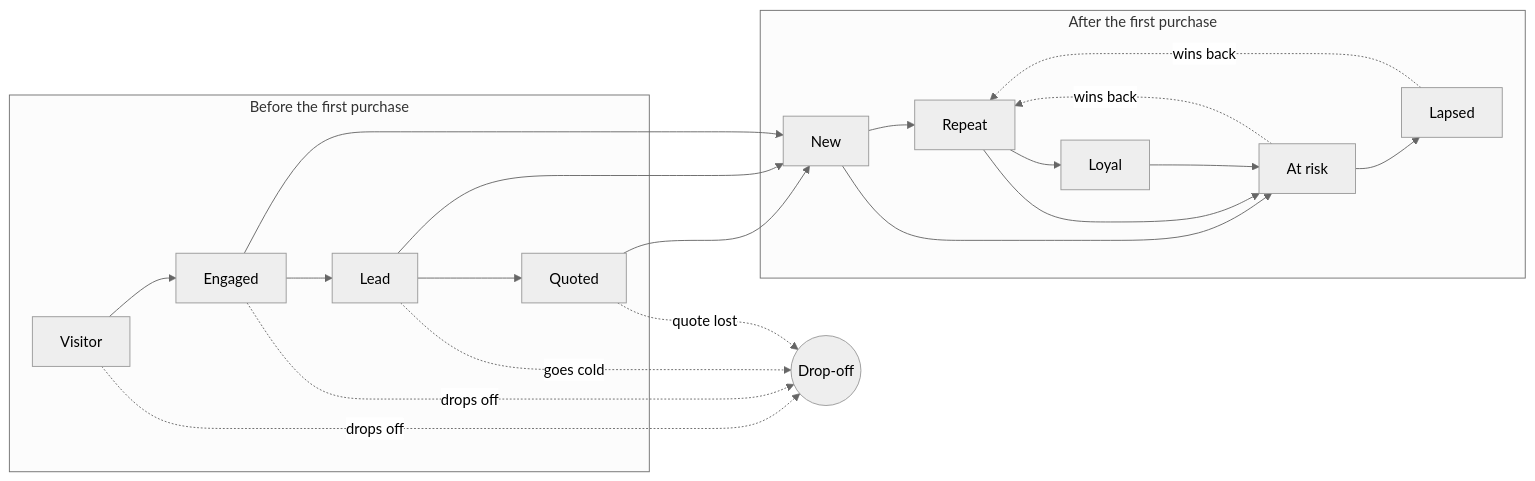
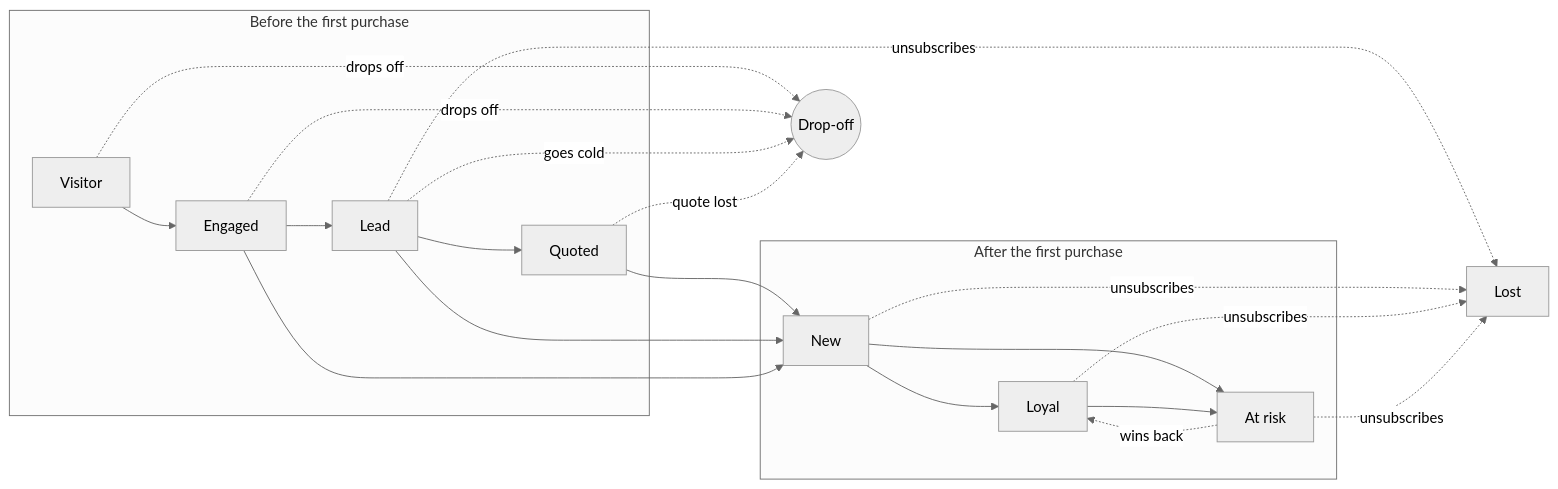
Before and after one commit to ivanyeors/mp: the diagram in .claude/PRD-crm-retention-loop/lifecycle-and-metrics.md, drawn with Mermaid (neutral theme). The commit also changed other lines of this file and 15 other files, not shown here.

First line of the commit message:
Spec the five-stage funnel: Lead, New, Loyal, At risk, Lost

````diff
--- a/.claude/PRD-crm-retention-loop/lifecycle-and-metrics.md
+++ b/.claude/PRD-crm-retention-loop/lifecycle-and-metrics.md
@@ -25,22 +26,23 @@
 ```mermaid
 graph LR
   subgraph A[Before the first purchase]
     V[Visitor] --> E[Engaged] --> L[Lead] --> Q[Quoted]
   end
   subgraph B[After the first purchase]
-    N[New] --> R[Repeat] --> Y[Loyal]
+    N[New] --> Y[Loyal]
     N --> K[At risk]
-    R --> K
     Y --> K
-    K --> X[Lapsed]
   end
   Q --> N
   L --> N
   E --> N
-  K -. wins back .-> R
-  X -. wins back .-> R
+  K -. wins back .-> Y
+  L -. unsubscribes .-> X[Lost]
+  N -. unsubscribes .-> X
+  Y -. unsubscribes .-> X
+  K -. unsubscribes .-> X
   V -. drops off .-> D((Drop-off))
   E -. drops off .-> D
   L -. goes cold .-> D
   Q -. quote lost .-> D
 ```
````
